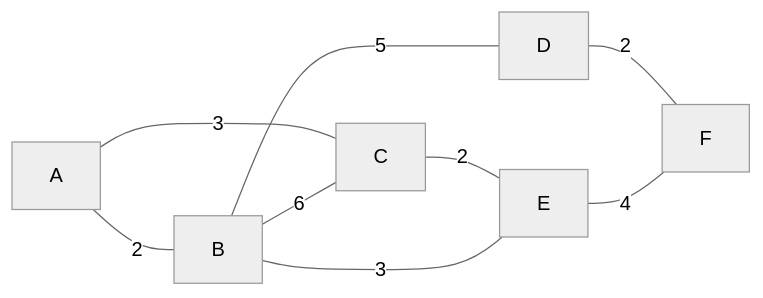
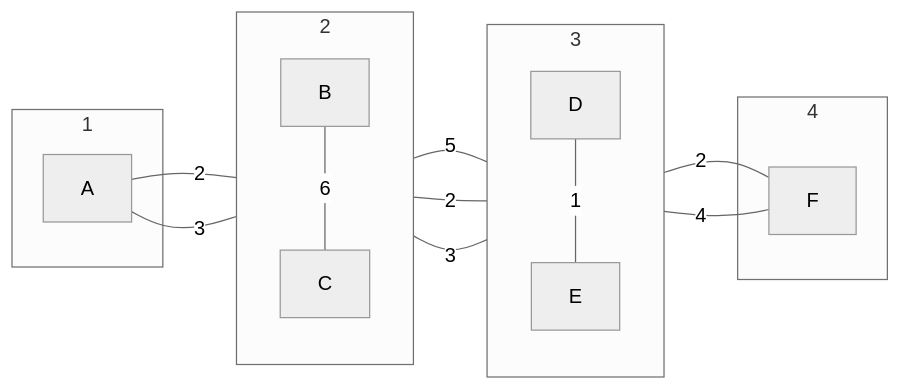
The sixth of 6 diagrams in 2. Letnik/Podatkovne strukture in algoritmi/vaje 12-1-2022.md (Tiggax/Zapiski), drawn with Mermaid (neutral theme) before and after one commit. The commit also changed other lines of this file, not shown here.

Commit message:
flyingarchie backup: 2022-01-12 16:51:33

````diff
--- a/2. Letnik/Podatkovne strukture in algoritmi/vaje 12-1-2022.md
+++ b/2. Letnik/Podatkovne strukture in algoritmi/vaje 12-1-2022.md
@@ -145,8 +145,24 @@
 ```mermaid
 graph LR
+subgraph 1
+A
+end
+subgraph 2
+direction TB
+B
+C
+end
+subgraph 3
+direction TB
+D
+E
+end
+subgraph 4
+F
+end
 A-- 2 ---B-- 5 ---D-- 2 ---F
 A-- 3 ---C-- 2 ---E-- 4 ---F
 B-- 6 ---C
 B-- 3 ---E
-
+D-- 1 ---E
 ```
````
